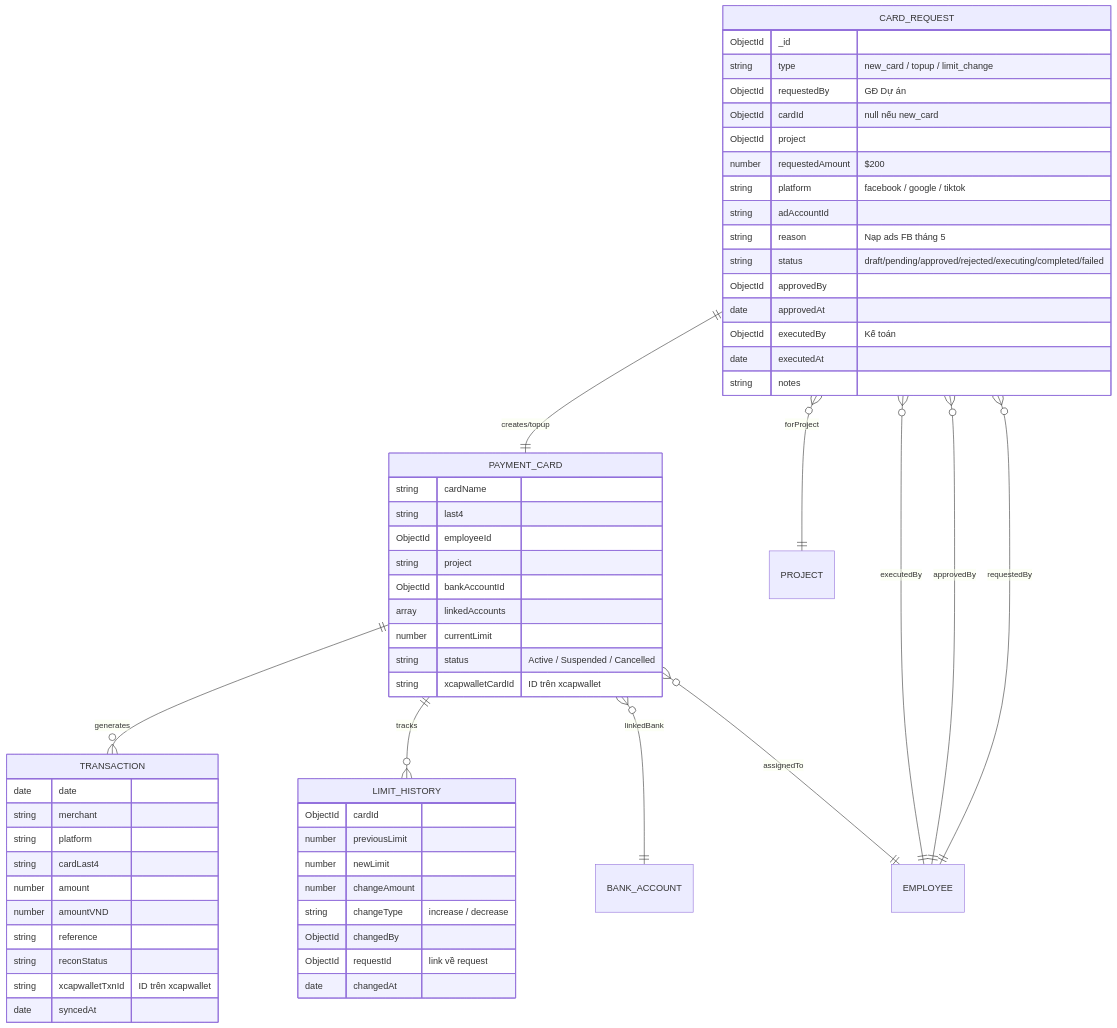
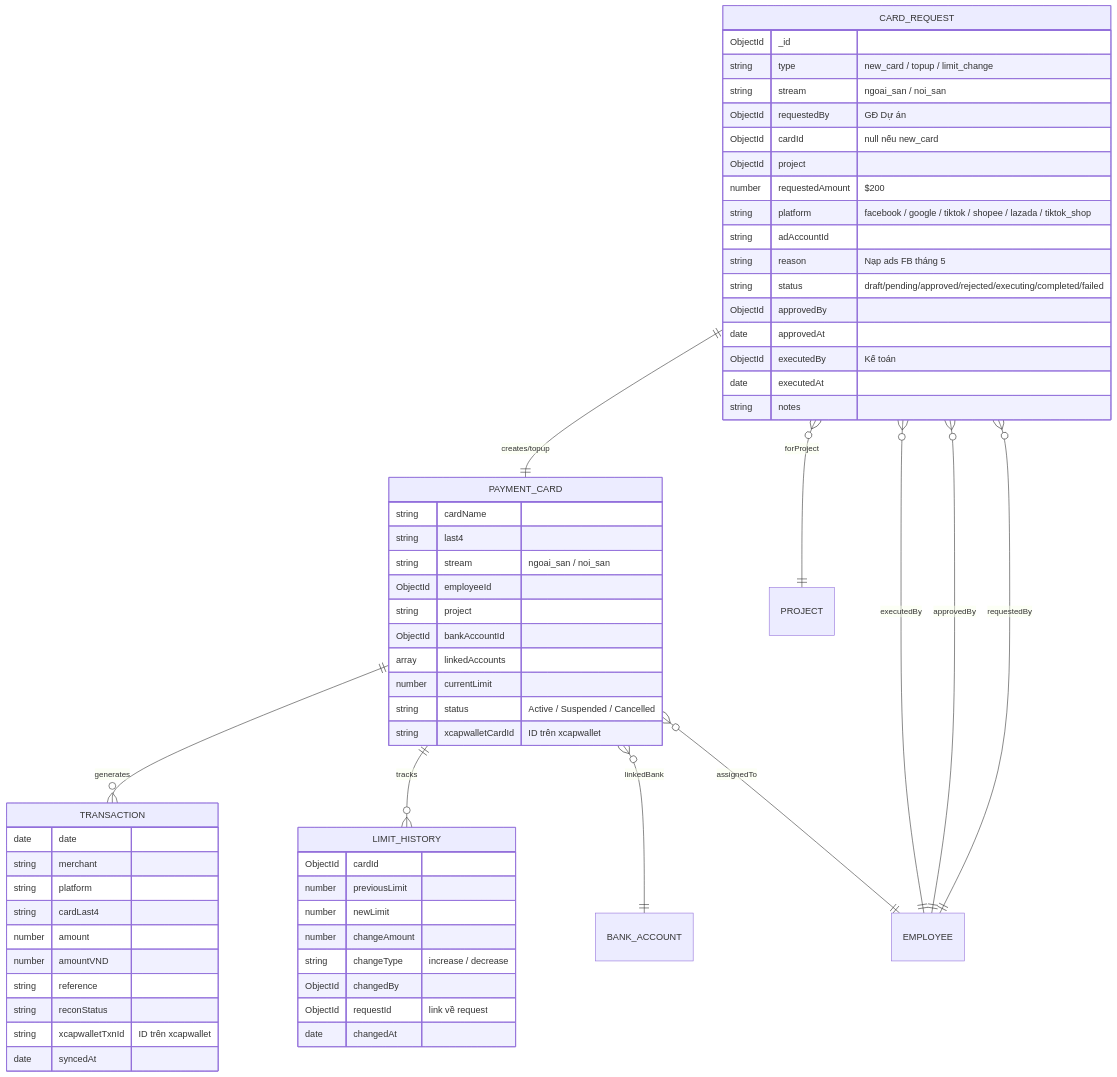
One commit to cucucha113-dotcom/Xcap-Management-Platform changed the sixth of 7 diagrams in docs/system-diagrams/card_management_diagram.md. Above: the diagram before and after it, drawn with Mermaid. The commit also changed other lines of this file and 2 other files, not shown here.

First line of the commit message:
📐 Redesign ALL system diagrams — Ngoại sàn / Nội sàn

````diff
--- a/docs/system-diagrams/card_management_diagram.md
+++ b/docs/system-diagrams/card_management_diagram.md
@@ -229,67 +230,69 @@
 ```mermaid
 erDiagram
     CARD_REQUEST ||--|| PAYMENT_CARD : "creates/topup"
     CARD_REQUEST }o--|| EMPLOYEE : "requestedBy"
     CARD_REQUEST }o--|| EMPLOYEE : "approvedBy"
     CARD_REQUEST }o--|| EMPLOYEE : "executedBy"
     CARD_REQUEST }o--|| PROJECT : "forProject"
     
     PAYMENT_CARD ||--o{ TRANSACTION : "generates"
     PAYMENT_CARD ||--o{ LIMIT_HISTORY : "tracks"
     PAYMENT_CARD }o--|| EMPLOYEE : "assignedTo"
     PAYMENT_CARD }o--|| BANK_ACCOUNT : "linkedBank"
     
     CARD_REQUEST {
         ObjectId _id
         string type "new_card / topup / limit_change"
+        string stream "ngoai_san / noi_san"
         ObjectId requestedBy "GĐ Dự án"
         ObjectId cardId "null nếu new_card"
         ObjectId project
         number requestedAmount "$200"
-        string platform "facebook / google / tiktok"
+        string platform "facebook / google / tiktok / shopee / lazada / tiktok_shop"
         string adAccountId
         string reason "Nạp ads FB tháng 5"
         string status "draft/pending/approved/rejected/executing/completed/failed"
         ObjectId approvedBy
         date approvedAt
         ObjectId executedBy "Kế toán"
         date executedAt
         string notes
     }
     
     LIMIT_HISTORY {
         ObjectId cardId
         number previousLimit
         number newLimit
         number changeAmount
         string changeType "increase / decrease"
         ObjectId changedBy
         ObjectId requestId "link về request"
         date changedAt
     }
     
     PAYMENT_CARD {
         string cardName
         string last4
+        string stream "ngoai_san / noi_san"
         ObjectId employeeId
         string project
         ObjectId bankAccountId
         array linkedAccounts
         number currentLimit
         string status "Active / Suspended / Cancelled"
         string xcapwalletCardId "ID trên xcapwallet"
     }
     
     TRANSACTION {
         date date
         string merchant
         string platform
         string cardLast4
         number amount
         number amountVND
         string reference
         string reconStatus
         string xcapwalletTxnId "ID trên xcapwallet"
         date syncedAt
     }
 ```
````
